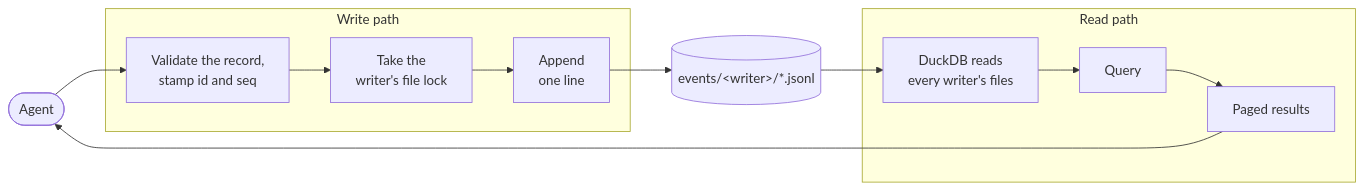
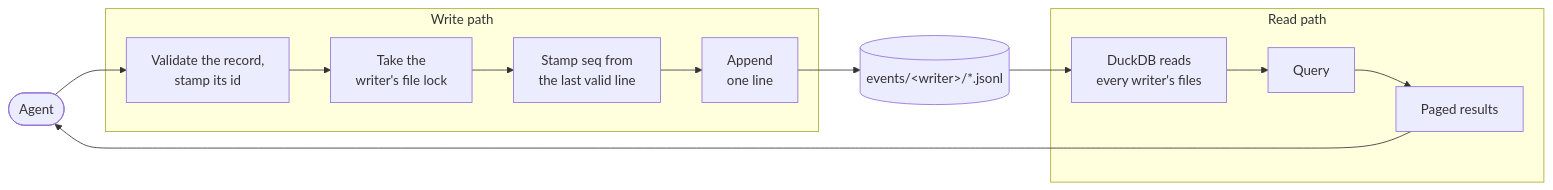
One commit to Velrea/AI.Brain changed the diagram in docs/read-and-write.md. Above: the diagram before and after it, drawn with Mermaid. The commit also changed other lines of this file and 11 other files, not shown here.

Commit message:
Apply the groom's findings: fix the write diagram, record two decisions, drop front matter and Dependabot

````diff
--- a/docs/read-and-write.md
+++ b/docs/read-and-write.md
@@ -7,19 +3,19 @@
 ```mermaid
 flowchart LR
     agent([Agent])
 
     subgraph write [Write path]
-        validate[Validate the record,<br/>stamp id and seq] --> lock[Take the<br/>writer's file lock] --> append[Append<br/>one line]
+        validate[Validate the record,<br/>stamp its id] --> lock[Take the<br/>writer's file lock] --> seq[Stamp seq from<br/>the last valid line] --> append[Append<br/>one line]
     end
 
     files[("events/&lt;writer&gt;/*.jsonl")]
 
     subgraph read [Read path]
         duckdb[DuckDB reads<br/>every writer's files] --> query[Query] --> results[Paged results]
     end
 
     agent --> validate
     append --> files
     files --> duckdb
     results --> agent
 ```
````
